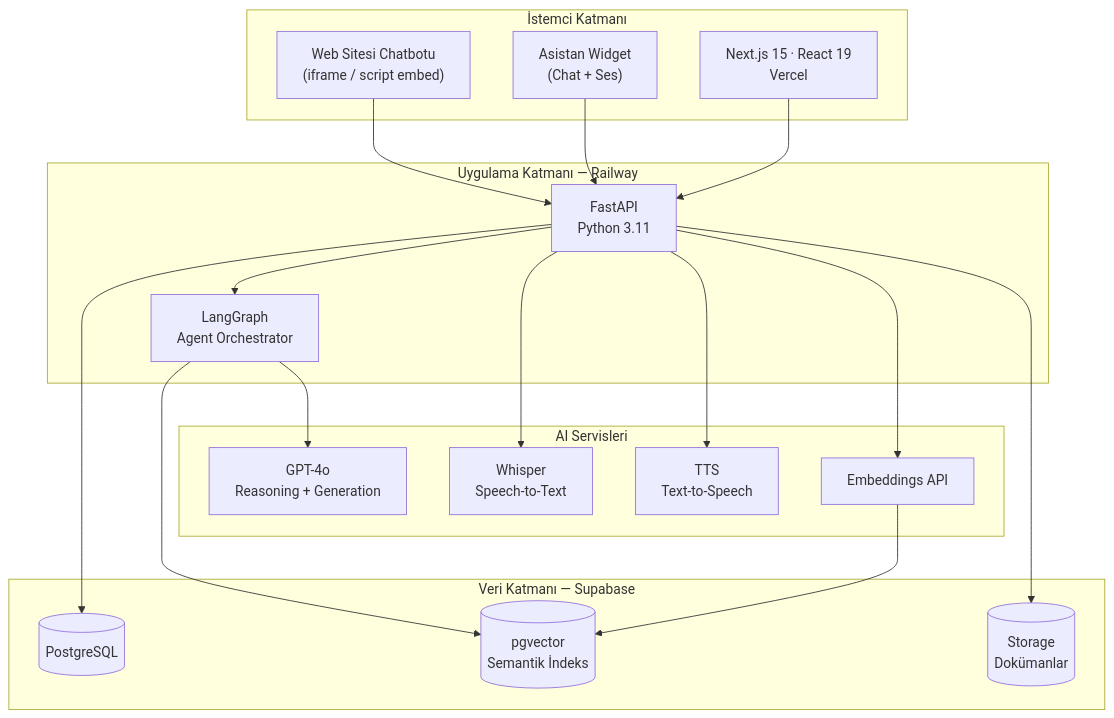
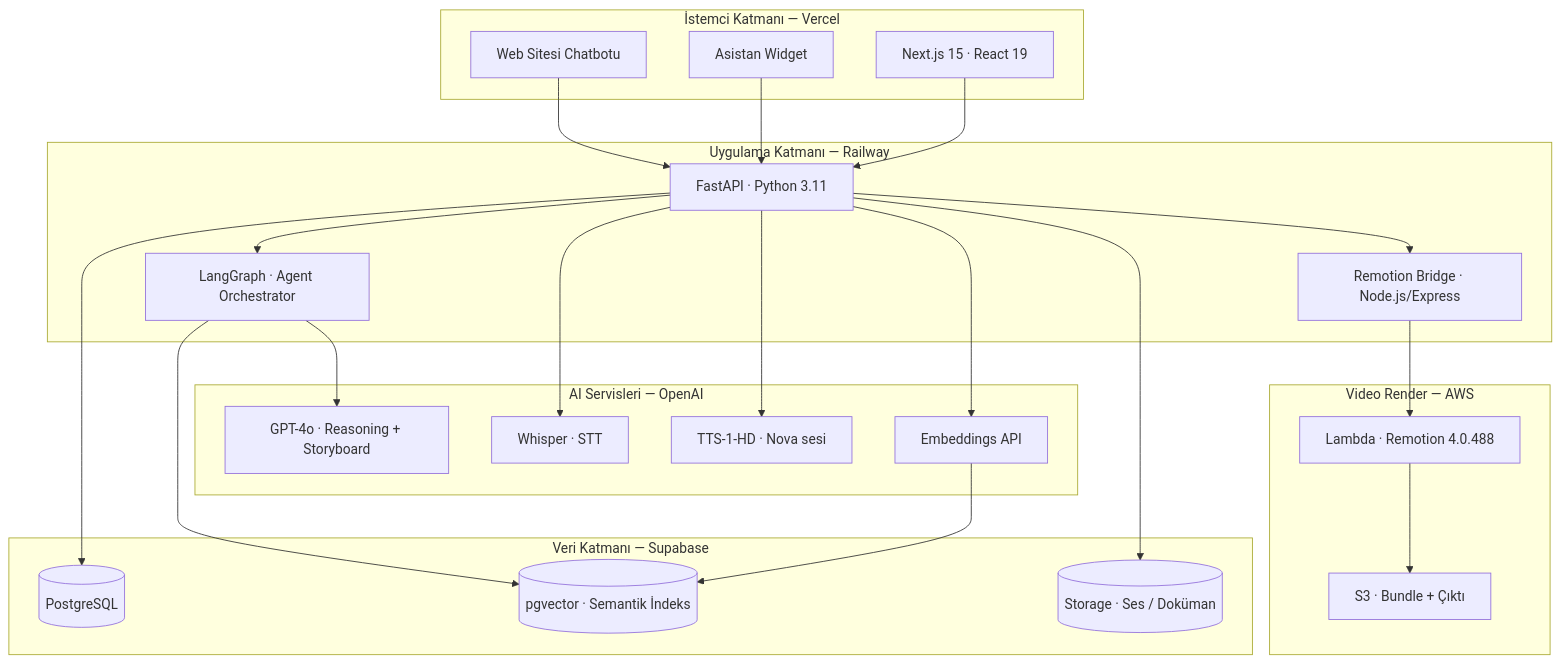
The first of 4 diagrams in README.md (ygmr-gngz/AdimOS), drawn with Mermaid before and after one commit. The commit also changed other lines of this file, not shown here.

Commit message:
docs: README — video motoru, LessonVideo, ChalkboardSolutionScene bölümleri eklendi

````diff
--- a/README.md
+++ b/README.md
@@ -70,39 +75,48 @@
 ```mermaid
 graph TB
-    subgraph Client["İstemci Katmanı"]
-        UI["Next.js 15 · React 19<br/>Vercel"]
-        W["Asistan Widget<br/>(Chat + Ses)"]
-        CB["Web Sitesi Chatbotu<br/>(iframe / script embed)"]
+    subgraph Client["İstemci Katmanı — Vercel"]
+        UI["Next.js 15 · React 19"]
+        W["Asistan Widget"]
+        CB["Web Sitesi Chatbotu"]
     end
 
     subgraph API["Uygulama Katmanı — Railway"]
-        FA["FastAPI<br/>Python 3.11"]
-        LG["LangGraph<br/>Agent Orchestrator"]
+        FA["FastAPI · Python 3.11"]
+        LG["LangGraph · Agent Orchestrator"]
+        RB["Remotion Bridge · Node.js/Express"]
     end
 
-    subgraph AI["AI Servisleri"]
-        GPT["GPT-4o<br/>Reasoning + Generation"]
-        WH["Whisper<br/>Speech-to-Text"]
-        TTS["TTS<br/>Text-to-Speech"]
+    subgraph AI["AI Servisleri — OpenAI"]
+        GPT["GPT-4o · Reasoning + Storyboard"]
+        WH["Whisper · STT"]
+        TTS["TTS-1-HD · Nova sesi"]
         EMB["Embeddings API"]
+    end
+
+    subgraph Render["Video Render — AWS"]
+        LM["Lambda · Remotion 4.0.488"]
+        S3["S3 · Bundle + Çıktı"]
     end
 
     subgraph Data["Veri Katmanı — Supabase"]
         PG[("PostgreSQL")]
-        PGV[("pgvector<br/>Semantik İndeks")]
-        ST[("Storage<br/>Dokümanlar")]
+        PGV[("pgvector · Semantik İndeks")]
+        ST[("Storage · Ses / Doküman")]
     end
 
     UI --> FA
     W --> FA
     CB --> FA
     FA --> LG
     LG --> GPT
     FA --> WH
     FA --> TTS
     FA --> EMB
     EMB --> PGV
     LG --> PGV
     FA --> PG
     FA --> ST
+    FA --> RB
+    RB --> LM
+    LM --> S3
 ```
````
